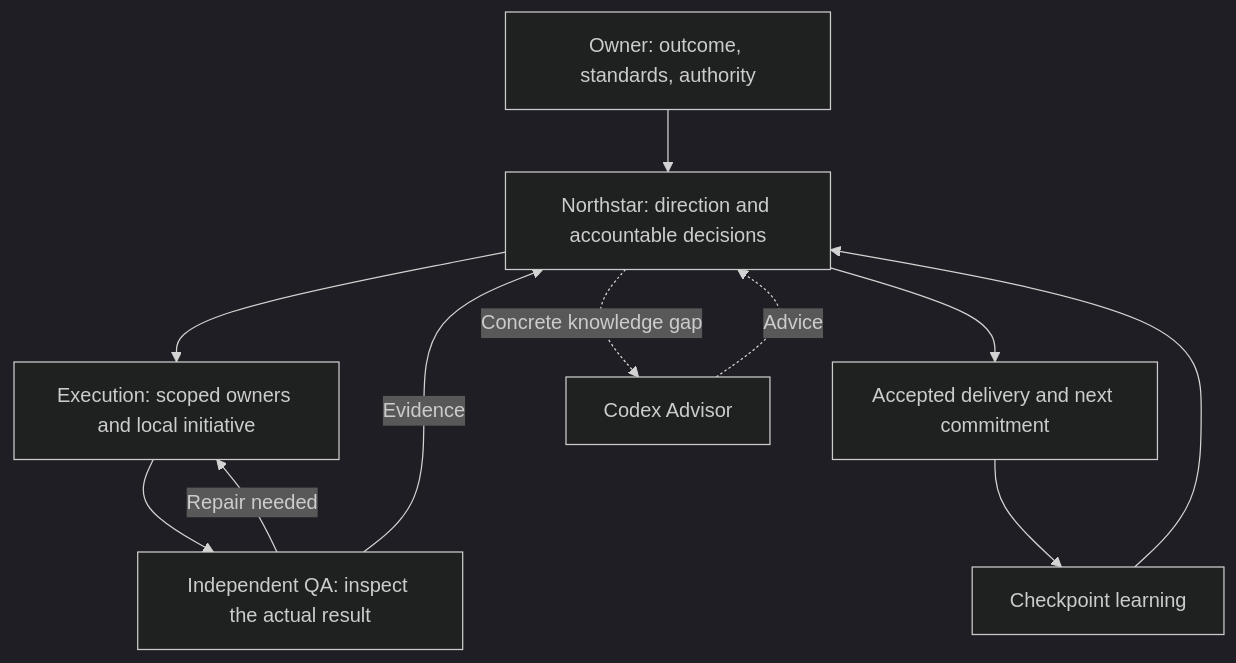
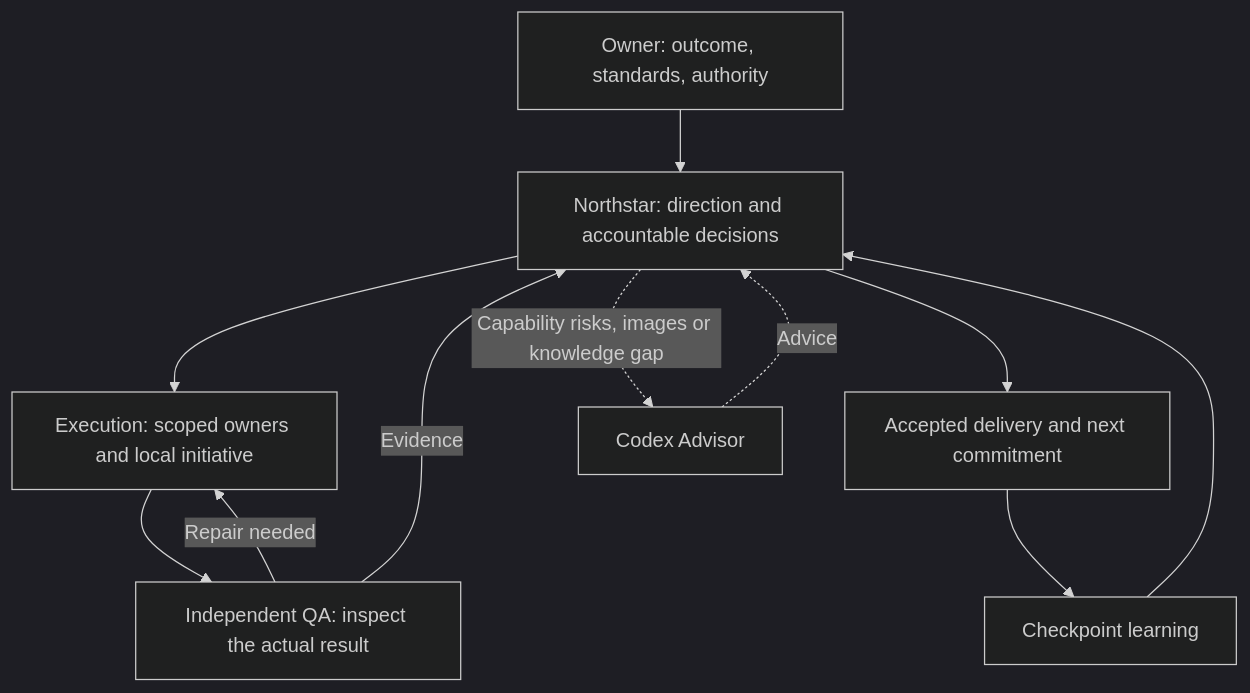
One commit to stancsz/northstar changed the diagram in README.md. Above: the diagram before and after it, drawn with Mermaid (dark theme). The commit also changed other lines of this file and 33 other files, not shown here.

````diff
--- a/README.md
+++ b/README.md
@@ -101,13 +101,13 @@
 ```mermaid
 flowchart TD
     O[Owner: outcome, standards, authority] --> N[Northstar: direction and accountable decisions]
     N --> B[Execution: scoped owners and local initiative]
     B --> Q[Independent QA: inspect the actual result]
     Q -->|Repair needed| B
     Q -->|Evidence| N
     N --> D[Accepted delivery and next commitment]
-    N -. Concrete knowledge gap .-> A[Codex Advisor]
+    N -. Capability risks, images or knowledge gap .-> A[Codex Advisor]
     A -. Advice .-> N
     D --> L[Checkpoint learning]
     L --> N
 ```
````
